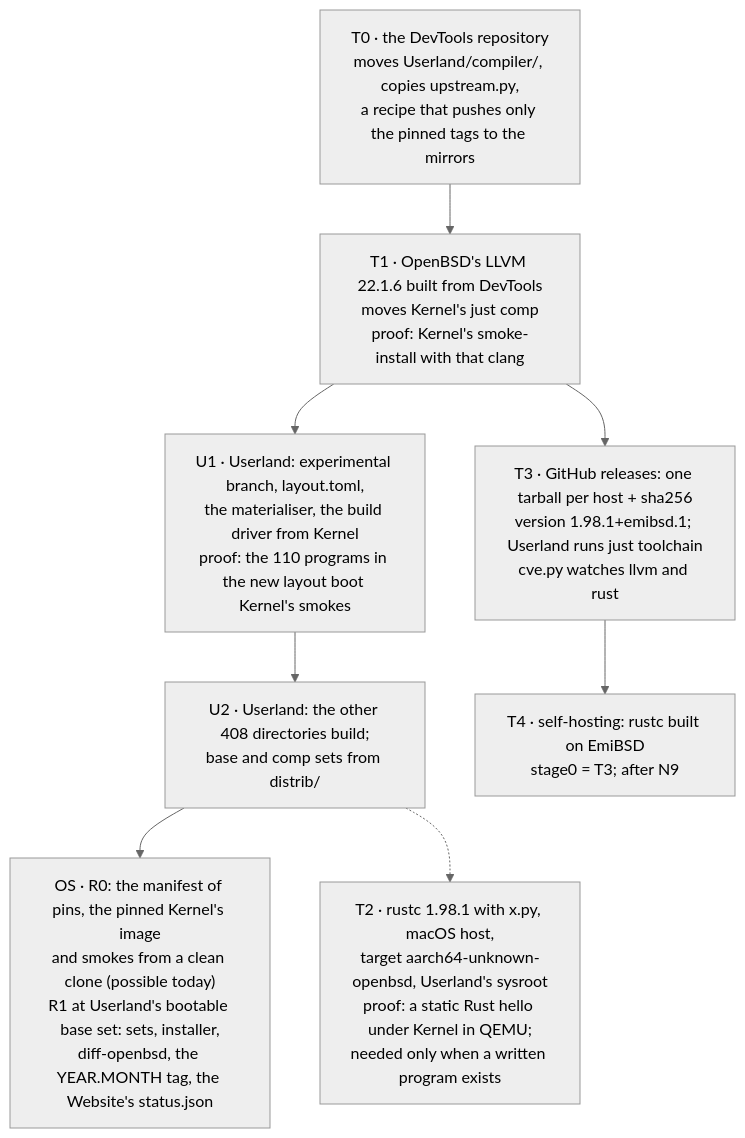
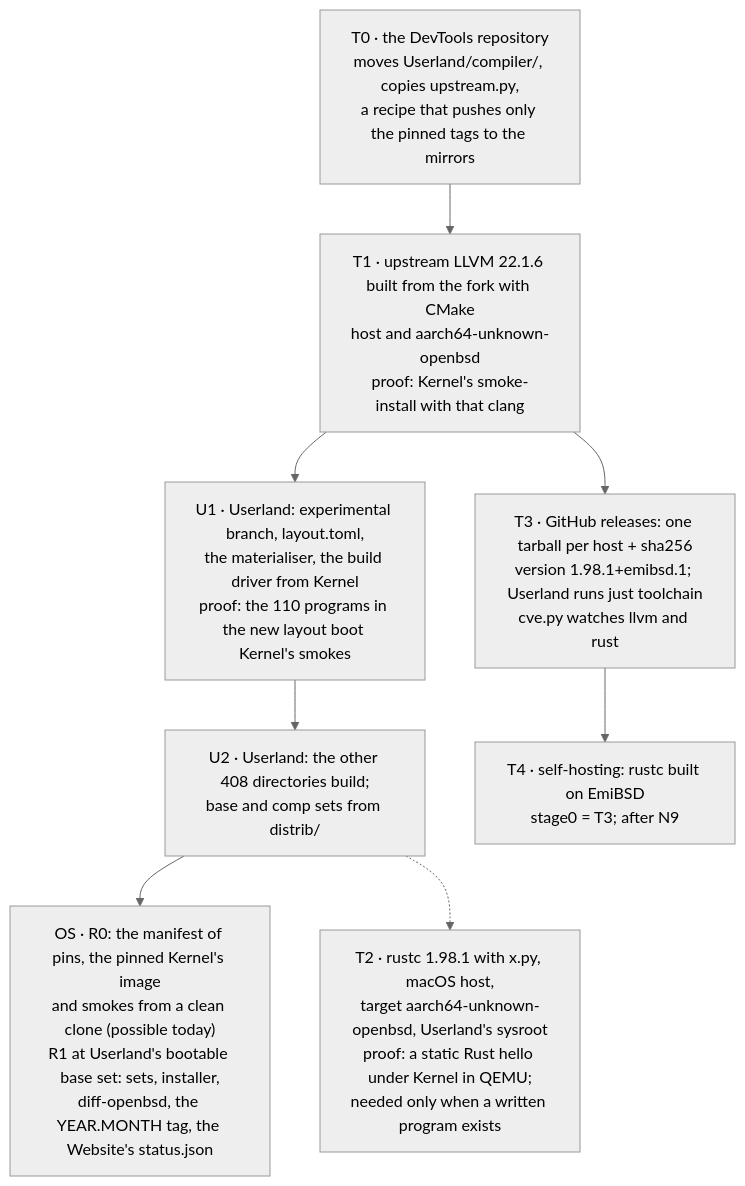
The third of 3 diagrams in docs/architecture.md (EmiBSD/Governance), drawn with Mermaid (neutral theme) before and after one commit. The commit also changed other lines of this file and 2 other files, not shown here.

First line of the commit message:
decisions: G-0015, nothing of OpenBSD in DevTools

````diff
--- a/docs/architecture.md
+++ b/docs/architecture.md
@@ -109,15 +108,15 @@
 ```mermaid
 flowchart TB
     T0["T0 · the DevTools repository<br/>moves Userland/compiler/, copies upstream.py,<br/>a recipe that pushes only the pinned tags to the mirrors"]
-    T1["T1 · OpenBSD's LLVM 22.1.6 built from DevTools<br/>moves Kernel's just comp<br/>proof: Kernel's smoke-install with that clang"]
+    T1["T1 · upstream LLVM 22.1.6 built from the fork with CMake<br/>host and aarch64-unknown-openbsd<br/>proof: Kernel's smoke-install with that clang"]
     U1["U1 · Userland: experimental branch, layout.toml,<br/>the materialiser, the build driver from Kernel<br/>proof: the 110 programs in the new layout boot Kernel's smokes"]
     U2["U2 · Userland: the other 408 directories build;<br/>base and comp sets from distrib/"]
     T2["T2 · rustc 1.98.1 with x.py, macOS host,<br/>target aarch64-unknown-openbsd, Userland's sysroot<br/>proof: a static Rust hello under Kernel in QEMU;<br/>needed only when a written program exists"]
     T3["T3 · GitHub releases: one tarball per host + sha256<br/>version 1.98.1+emibsd.1; Userland runs just toolchain<br/>cve.py watches llvm and rust"]
     T4["T4 · self-hosting: rustc built on EmiBSD<br/>stage0 = T3; after N9"]
     R0["OS · R0: the manifest of pins, the pinned Kernel's image<br/>and smokes from a clean clone (possible today)<br/>R1 at Userland's bootable base set: sets, installer,<br/>diff-openbsd, the YEAR.MONTH tag, the Website's status.json"]
 
     T0 --> T1 --> U1 --> U2 --> R0
     T1 --> T3 --> T4
     U2 -.-> T2
 ```
````
